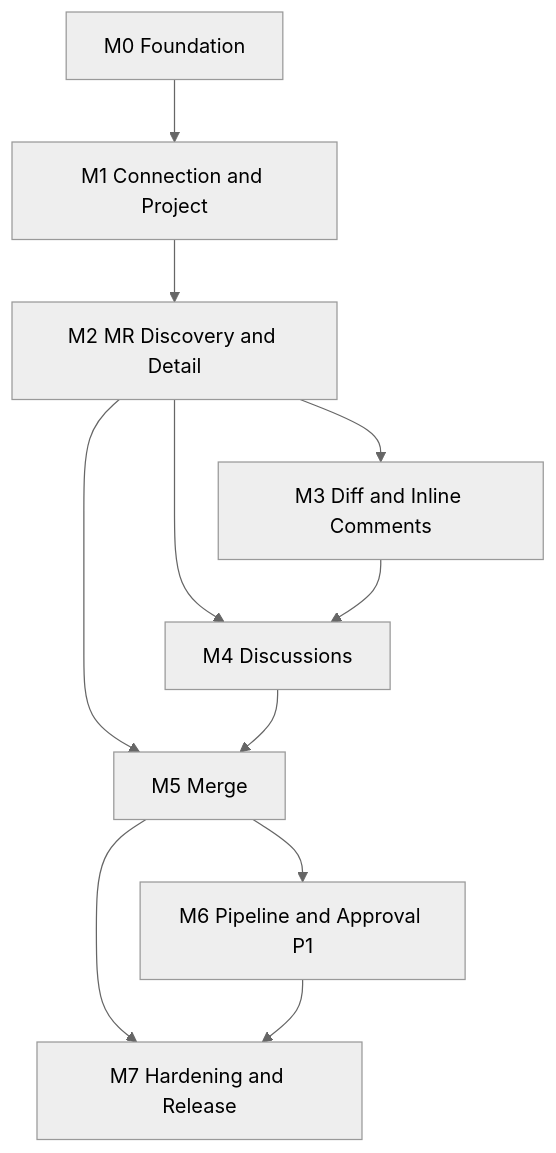
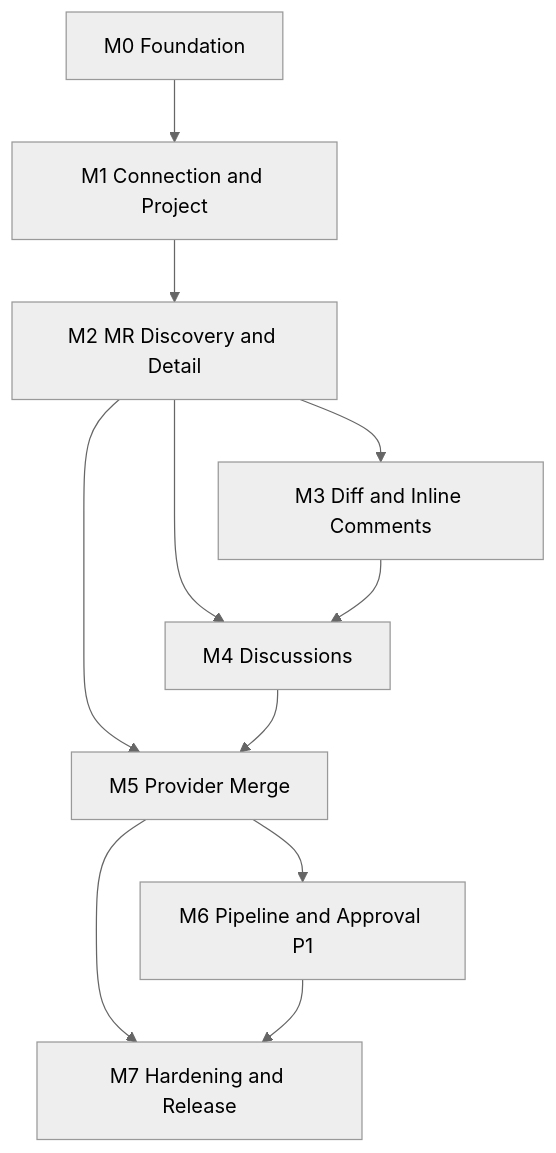
One commit to minh-lb/vscode-reviewdock changed the diagram in docs/IMPLEMENTATION-PLAN.md. Above: the diagram before and after it, drawn with Mermaid (neutral theme).

Commit message:
docs: clarify PR/MR milestones and independent merge dependency

```diff
--- a/docs/IMPLEMENTATION-PLAN.md
+++ b/docs/IMPLEMENTATION-PLAN.md
@@ -285,13 +285,13 @@
 ~~~mermaid
 flowchart TD
   M0[M0 Foundation] --> M1[M1 Connection and Project]
   M1 --> M2[M2 MR Discovery and Detail]
   M2 --> M3[M3 Diff and Inline Comments]
   M2 --> M4[M4 Discussions]
   M3 --> M4
-  M2 --> M5[M5 Merge]
+  M2 --> M5[M5 Provider Merge]
   M4 --> M5
   M5 --> M6[M6 Pipeline and Approval P1]
   M5 --> M7[M7 Hardening and Release]
   M6 --> M7
 ~~~
```
